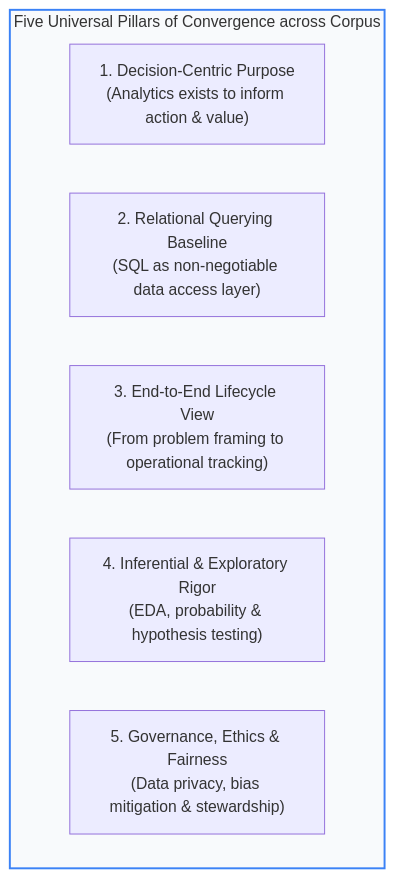
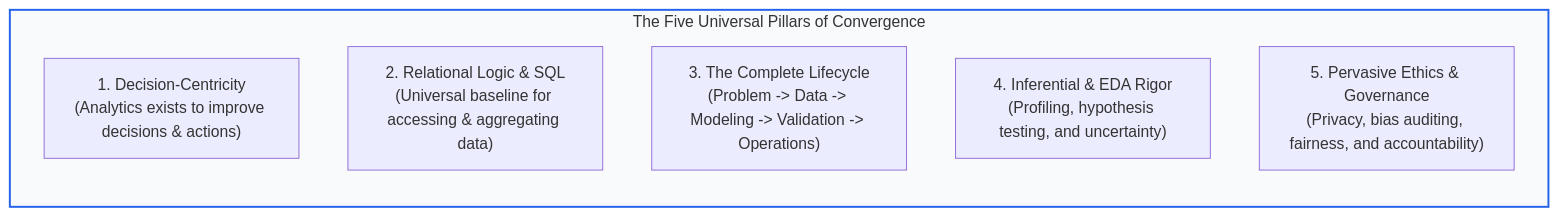
The fifth of 7 diagrams in design/synthesis/s03-synthesis-gemini.md (jdvelasq/classroom-vibecoding), drawn with Mermaid before and after one commit. The commit also changed other lines of this file and 3 other files, not shown here.

````diff
--- a/design/synthesis/s03-synthesis-gemini.md
+++ b/design/synthesis/s03-synthesis-gemini.md
@@ -455,11 +479,11 @@
 ```mermaid
-graph TD
-    subgraph ConvergencePoints ["Five Universal Pillars of Convergence across Corpus"]
-        P1["1. Decision-Centric Purpose<br/>(Analytics exists to inform action & value)"]
-        P2["2. Relational Querying Baseline<br/>(SQL as non-negotiable data access layer)"]
-        P3["3. End-to-End Lifecycle View<br/>(From problem framing to operational tracking)"]
-        P4["4. Inferential & Exploratory Rigor<br/>(EDA, probability & hypothesis testing)"]
-        P5["5. Governance, Ethics & Fairness<br/>(Data privacy, bias mitigation & stewardship)"]
+graph LR
+    subgraph ConvergencePillars ["The Five Universal Pillars of Convergence"]
+        C1["1. Decision-Centricity<br/>(Analytics exists to improve decisions & actions)"]
+        C2["2. Relational Logic & SQL<br/>(Universal baseline for accessing & aggregating data)"]
+        C3["3. The Complete Lifecycle<br/>(Problem -> Data -> Modeling -> Validation -> Operations)"]
+        C4["4. Inferential & EDA Rigor<br/>(Profiling, hypothesis testing, and uncertainty)"]
+        C5["5. Pervasive Ethics & Governance<br/>(Privacy, bias auditing, fairness, and accountability)"]
     end
-    style ConvergencePoints fill:#f8fafc,stroke:#3b82f6,stroke-width:2px
+    style ConvergencePillars fill:#f8fafc,stroke:#2563eb,stroke-width:2px
 ```
````
